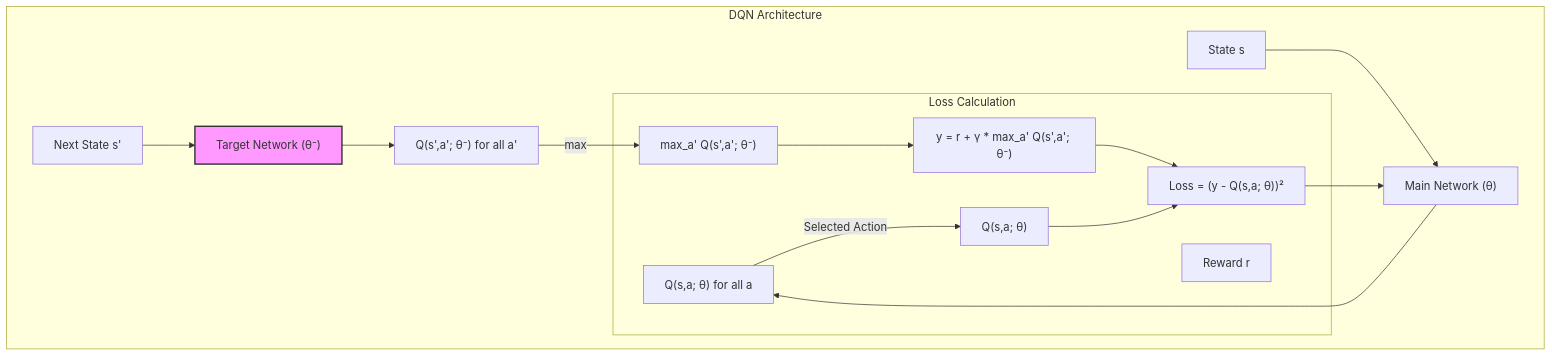
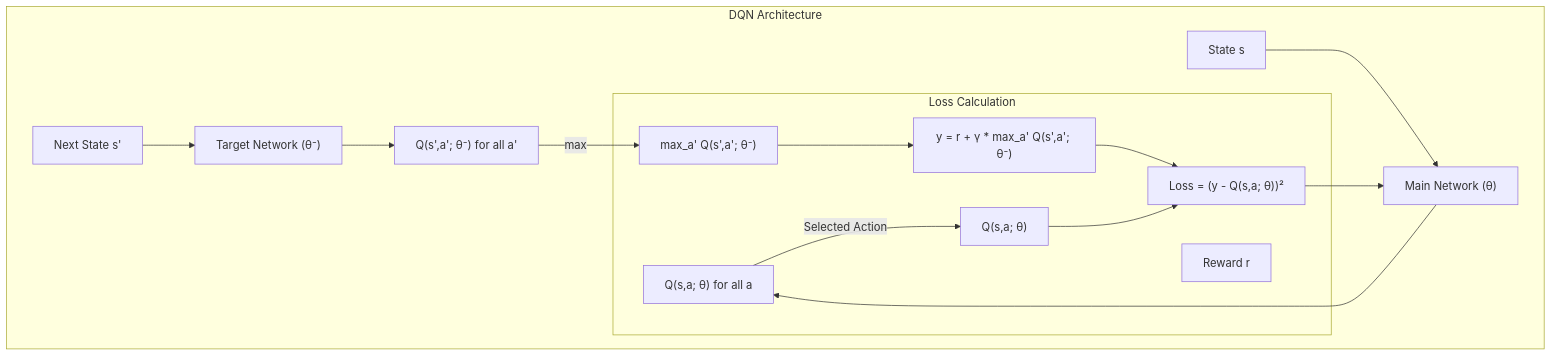
Before and after one commit to harimkang/ai-engineer-guide: the diagram in docs/2-기초-딥러닝/2-8-강화-학습-rl/q-learning-and-dqn.md, drawn with Mermaid. The commit also changed 45 other files, not shown here.

````diff
--- a/docs/2-기초-딥러닝/2-8-강화-학습-rl/q-learning-and-dqn.md
+++ b/docs/2-기초-딥러닝/2-8-강화-학습-rl/q-learning-and-dqn.md
@@ -47,22 +47,21 @@
 ```mermaid
 graph TD;
     subgraph "DQN Architecture"
         S[State s] --> MainNet["Main Network (θ)"];
         MainNet --> Q_values["Q(s,a; θ) for all a"];
 
         S_next["Next State s'"] --> TargetNet["Target Network (θ⁻)"];
         TargetNet --> Q_next_values["Q(s',a'; θ⁻) for all a'"];
         
         Q_next_values -- max --> Max_Q["max_a' Q(s',a'; θ⁻)"];
         
         subgraph "Loss Calculation"
             R[Reward r]
             Max_Q --> TD_Target["y = r + γ * max_a' Q(s',a'; θ⁻)"];
             Q_values -- Selected Action --> Q_sa["Q(s,a; θ)"];
             TD_Target & Q_sa --> Loss["Loss = (y - Q(s,a; θ))²"];
         end
 
         Loss --> MainNet;
     end
-    style TargetNet fill:#f9f,stroke:#333,stroke-width:2px
 ```
````
